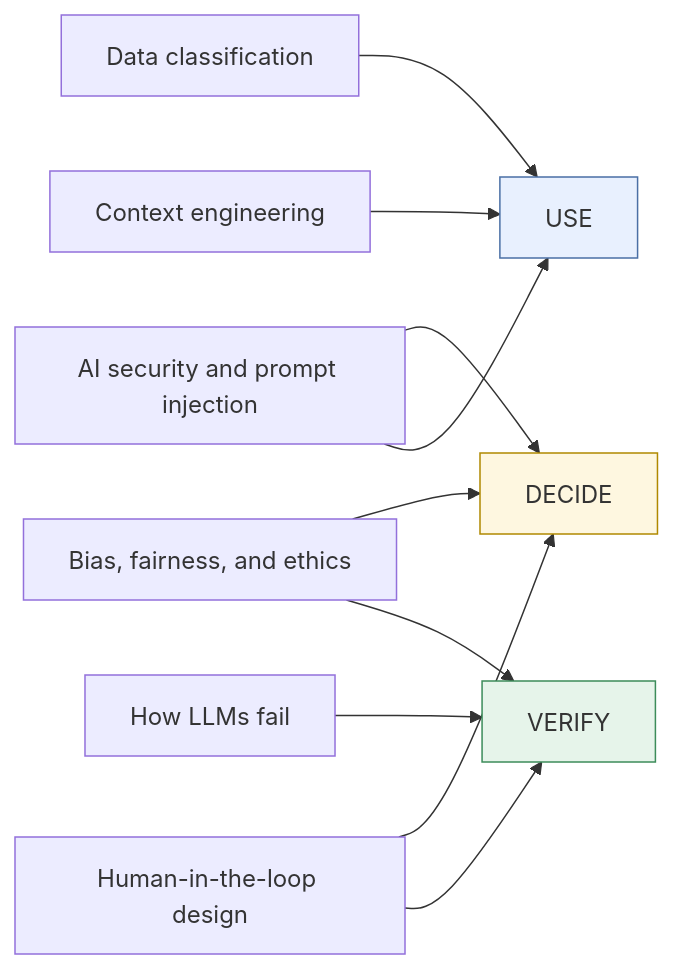
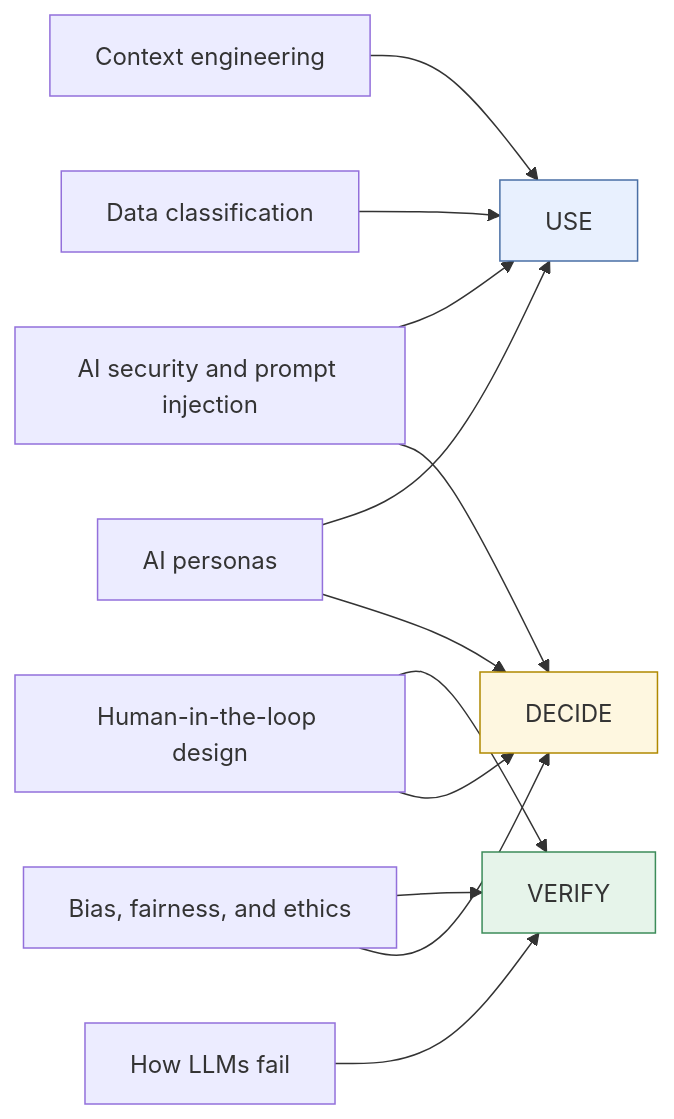
The diagram in docs/foundations/index.md (clarkngo/applied-ai-field-guide), drawn with Mermaid before and after one commit. The commit also changed other lines of this file and 5 other files, not shown here.

````diff
--- a/docs/foundations/index.md
+++ b/docs/foundations/index.md
@@ -15,18 +15,20 @@
 ```mermaid
 flowchart LR
   CE["Context engineering"] --> U["USE"]
   DC["Data classification"] --> U
   LF["How LLMs fail"] --> V["VERIFY"]
   HL["Human-in-the-loop design"] --> V
   HL --> D["DECIDE"]
   BE["Bias, fairness, and ethics"] --> V
   BE --> D
   SEC["AI security and prompt injection"] --> U
   SEC --> D
+  PER["AI personas"] --> U
+  PER --> D
   classDef use fill:#e8f0fe,stroke:#4a6fa5;
   classDef verify fill:#e6f4ea,stroke:#3c8c5a;
   classDef dd fill:#fef7e0,stroke:#b08900;
   class U use;
   class V verify;
   class D dd;
 ```
````
